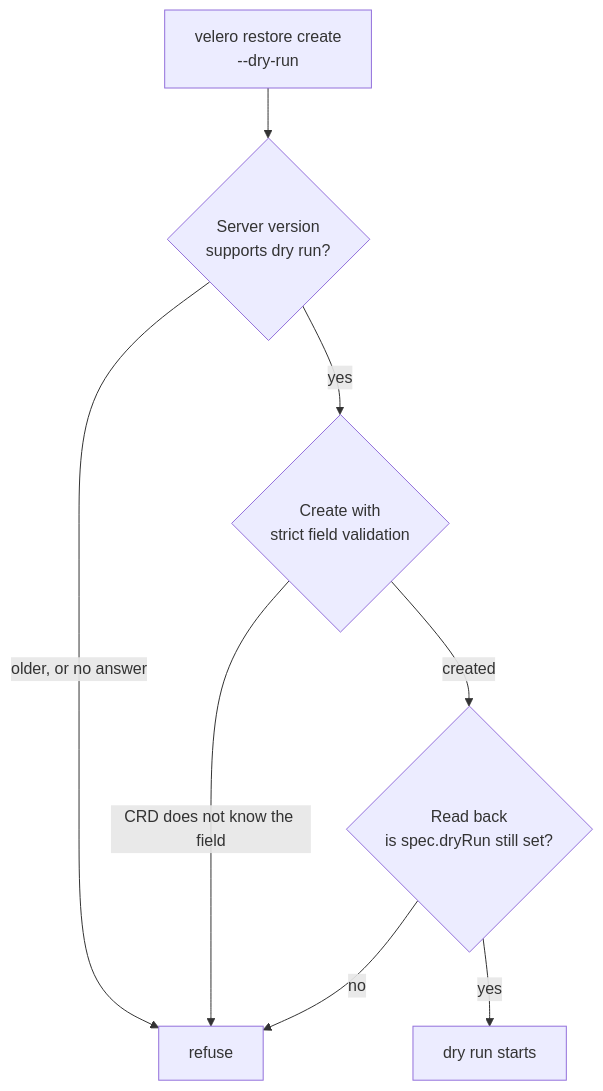
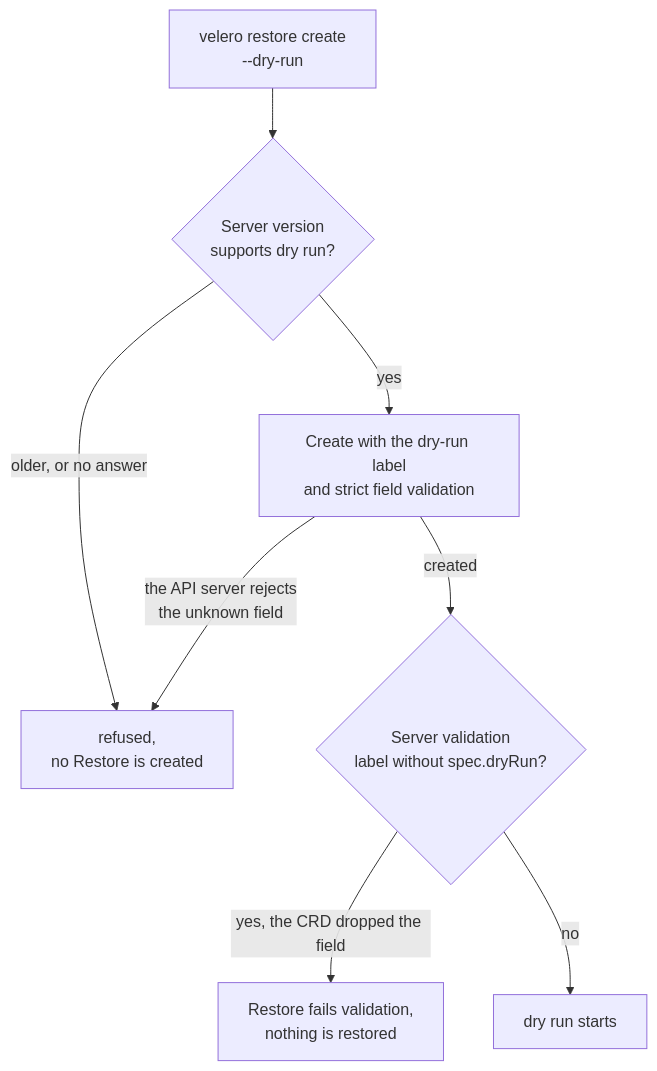
The fourth of 5 diagrams in design/restore-dry-run_design.md (velero-io/velero), drawn with Mermaid before and after one commit. The commit also changed other lines of this file, not shown here.

First line of the commit message:
Refine restore dry-run design after review

````diff
--- a/design/restore-dry-run_design.md
+++ b/design/restore-dry-run_design.md
@@ -422,10 +396,10 @@
 ```mermaid
 flowchart TD
     A["velero restore create<br>--dry-run"] --> B{"Server version<br>supports dry run?"}
-    B -- "older, or no answer" --> X["refuse"]
-    B -- "yes" --> C{"Create with<br>strict field validation"}
-    C -- "CRD does not know the field" --> X
-    C -- "created" --> D{"Read back<br>is spec.dryRun still set?"}
-    D -- "no" --> X
-    D -- "yes" --> OK["dry run starts"]
+    B -- "older, or no answer" --> X["refused,<br>no Restore is created"]
+    B -- "yes" --> C["Create with the dry-run label<br>and strict field validation"]
+    C -- "the API server rejects<br>the unknown field" --> X
+    C -- "created" --> D{"Server validation<br>label without spec.dryRun?"}
+    D -- "yes, the CRD dropped the field" --> F["Restore fails validation,<br>nothing is restored"]
+    D -- "no" --> OK["dry run starts"]
 ```
````
